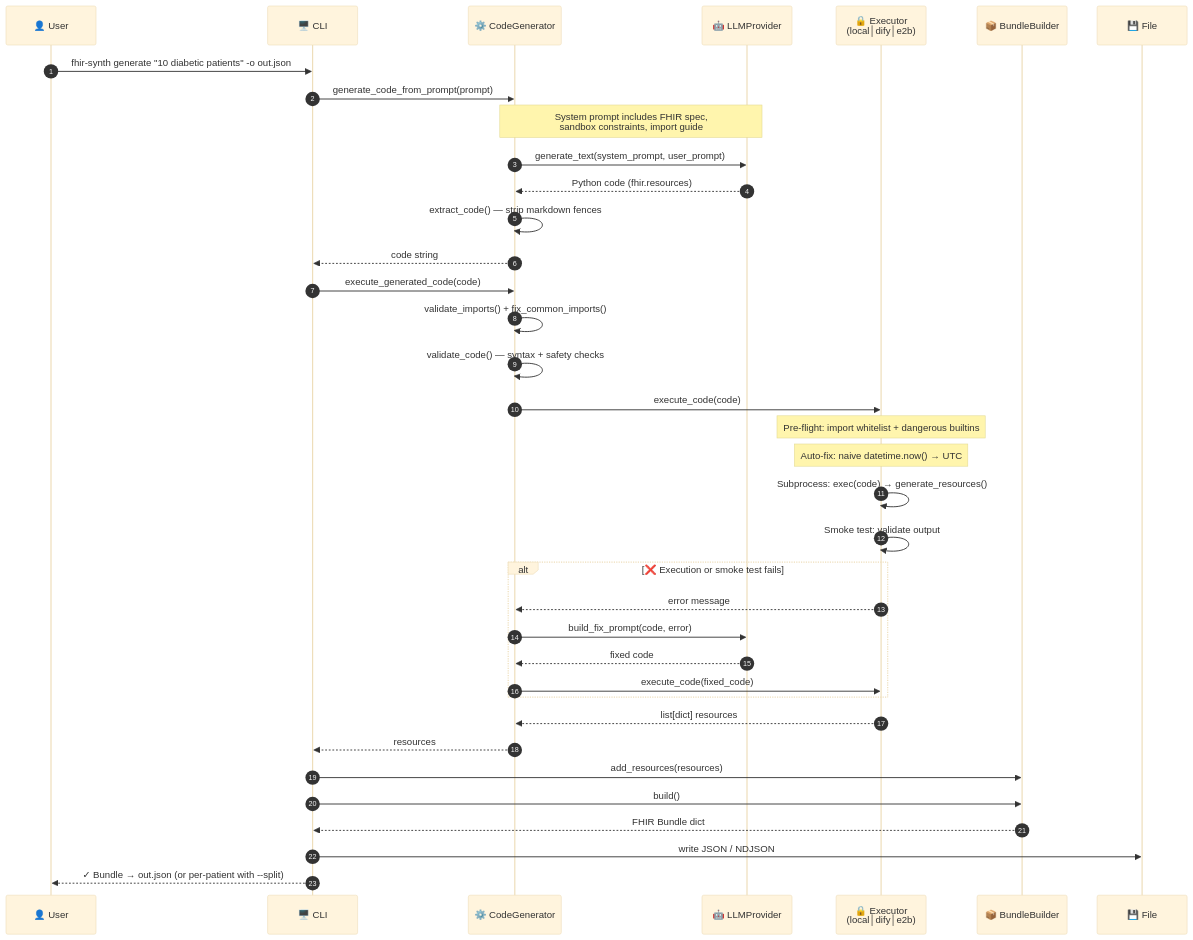
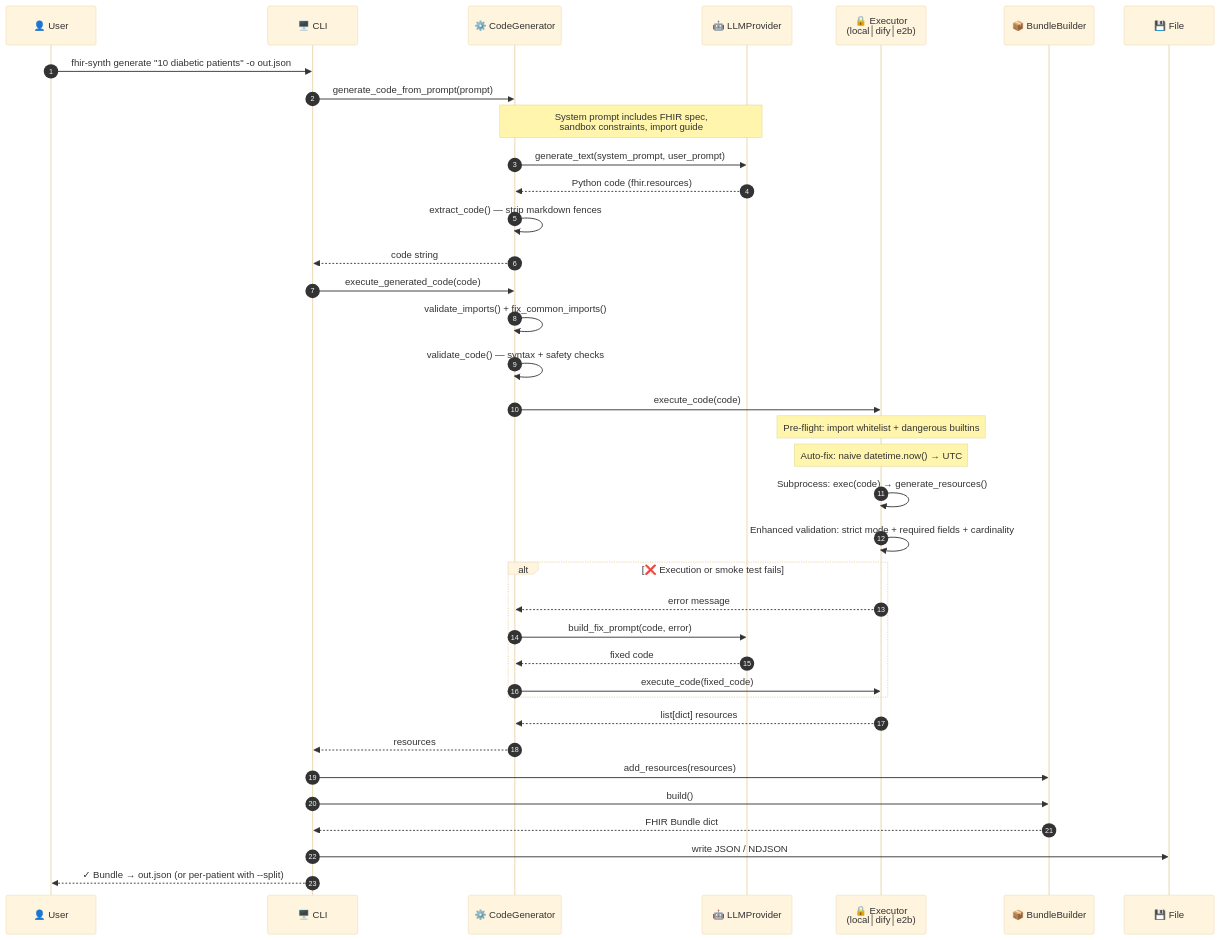
One commit to alvinhenrick/fhir-synth changed the second of 3 diagrams in docs/architecture.md. Above: the diagram before and after it, drawn with Mermaid (base theme). The commit also changed other lines of this file and 1 other file, not shown here.

Commit message:
feat: enhance FHIR validation with strict mode, required fields, and cardinality checks

````diff
--- a/docs/architecture.md
+++ b/docs/architecture.md
@@ -74,47 +74,47 @@
 ```mermaid
 sequenceDiagram
     autonumber
     participant U as 👤 User
     participant CLI as 🖥️ CLI
     participant CG as ⚙️ CodeGenerator
     participant LLM as 🤖 LLMProvider
     participant EX as 🔒 Executor<br/>(local│dify│e2b)
     participant BB as 📦 BundleBuilder
     participant F as 💾 File
 
     U->>CLI: fhir-synth generate "10 diabetic patients" -o out.json
     CLI->>CG: generate_code_from_prompt(prompt)
 
     Note over CG,LLM: System prompt includes FHIR spec,<br/>sandbox constraints, import guide
     CG->>LLM: generate_text(system_prompt, user_prompt)
     LLM-->>CG: Python code (fhir.resources)
     CG->>CG: extract_code() — strip markdown fences
     CG-->>CLI: code string
 
     CLI->>CG: execute_generated_code(code)
     CG->>CG: validate_imports() + fix_common_imports()
     CG->>CG: validate_code() — syntax + safety checks
 
     CG->>EX: execute_code(code)
     Note over EX: Pre-flight: import whitelist + dangerous builtins
     Note over EX: Auto-fix: naive datetime.now() → UTC
     EX->>EX: Subprocess: exec(code) → generate_resources()
-    EX->>EX: Smoke test: validate output
+    EX->>EX: Enhanced validation: strict mode + required fields + cardinality
 
     alt ❌ Execution or smoke test fails
         EX-->>CG: error message
         CG->>LLM: build_fix_prompt(code, error)
         LLM-->>CG: fixed code
         CG->>EX: execute_code(fixed_code)
     end
 
     EX-->>CG: list[dict] resources
     CG-->>CLI: resources
 
     CLI->>BB: add_resources(resources)
     CLI->>BB: build()
     BB-->>CLI: FHIR Bundle dict
 
     CLI->>F: write JSON / NDJSON
     CLI-->>U: ✓ Bundle → out.json (or per-patient with --split)
 ```
````
